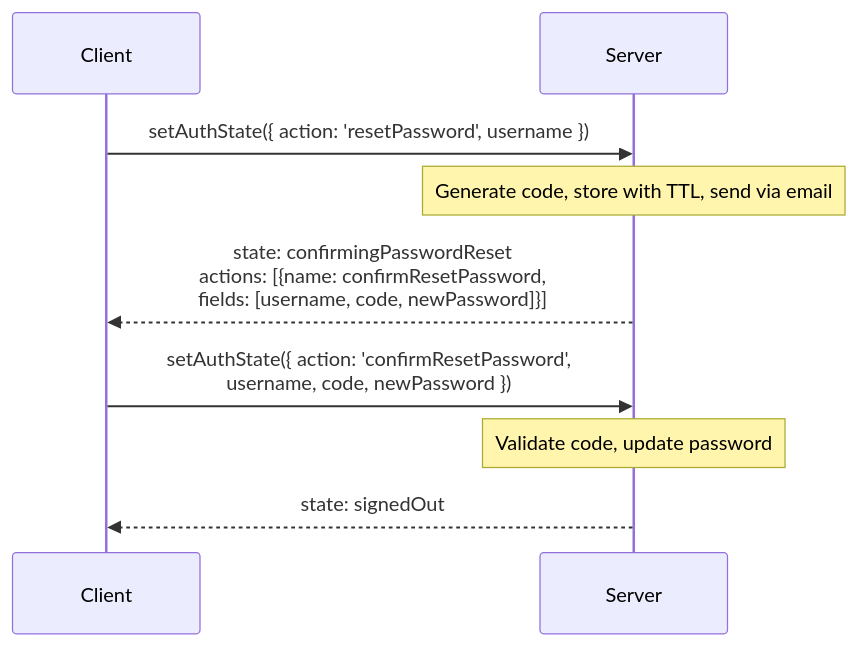
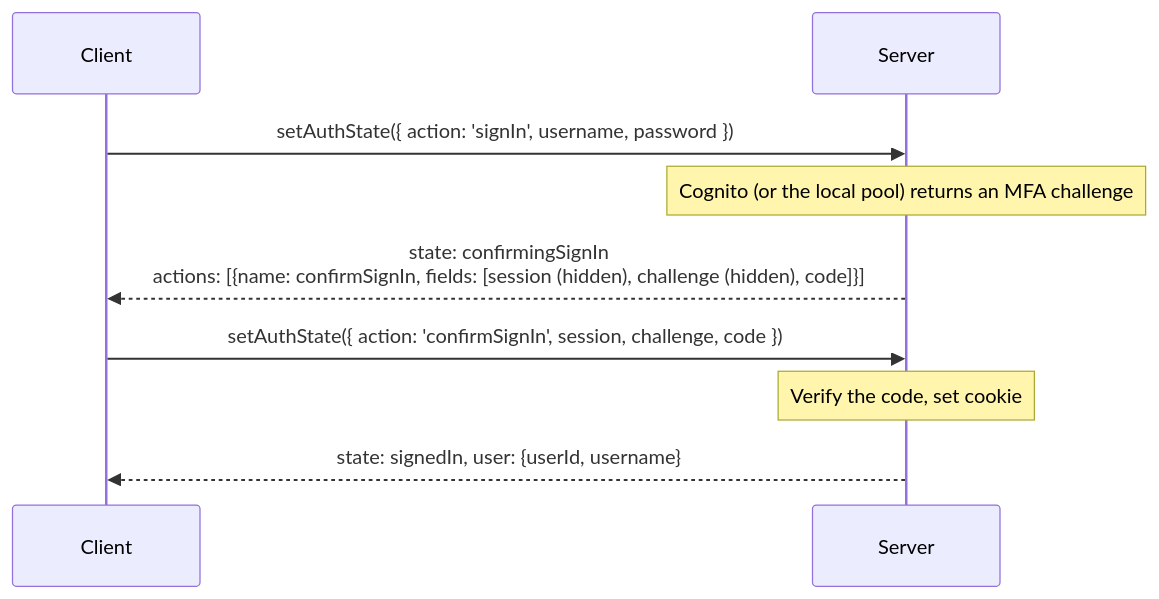
Before and after one commit to aws-devtools-labs/aws-blocks: the fourth of 7 diagrams in packages/auth-common/DESIGN.md, drawn with Mermaid. The commit also changed other lines of this file and 36 other files, not shown here.

First line of the commit message:
docs: remove the AuthCognito admin design docs and refresh stale auth wording

````diff
--- a/packages/auth-common/DESIGN.md
+++ b/packages/auth-common/DESIGN.md
@@ -95,13 +95,13 @@
 ```mermaid
 sequenceDiagram
 	participant C as Client
 	participant S as Server
 
-	C->>S: setAuthState({ action: 'resetPassword', username })
-	Note over S: Generate code, store with TTL, send via email
-	S-->>C: state: confirmingPasswordReset<br/>actions: [{name: confirmResetPassword,<br/>fields: [username, code, newPassword]}]
+	C->>S: setAuthState({ action: 'signIn', username, password })
+	Note over S: Cognito (or the local pool) returns an MFA challenge
+	S-->>C: state: confirmingSignIn<br/>actions: [{name: confirmSignIn, fields: [session (hidden), challenge (hidden), code]}]
 
-	C->>S: setAuthState({ action: 'confirmResetPassword',<br/>username, code, newPassword })
-	Note over S: Validate code, update password
-	S-->>C: state: signedOut
+	C->>S: setAuthState({ action: 'confirmSignIn', session, challenge, code })
+	Note over S: Verify the code, set cookie
+	S-->>C: state: signedIn, user: {userId, username}
 ```
````
